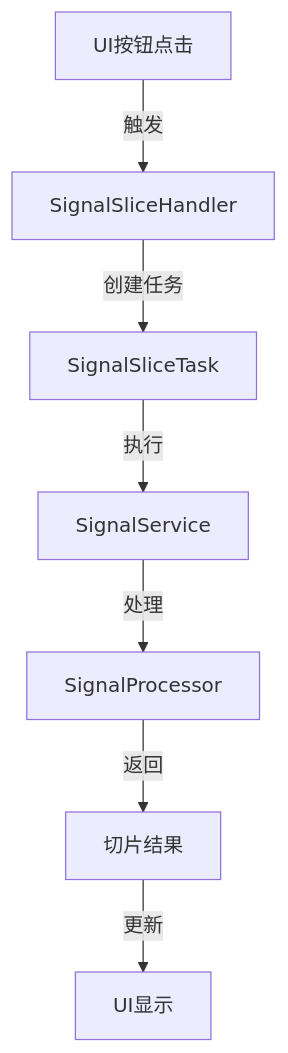
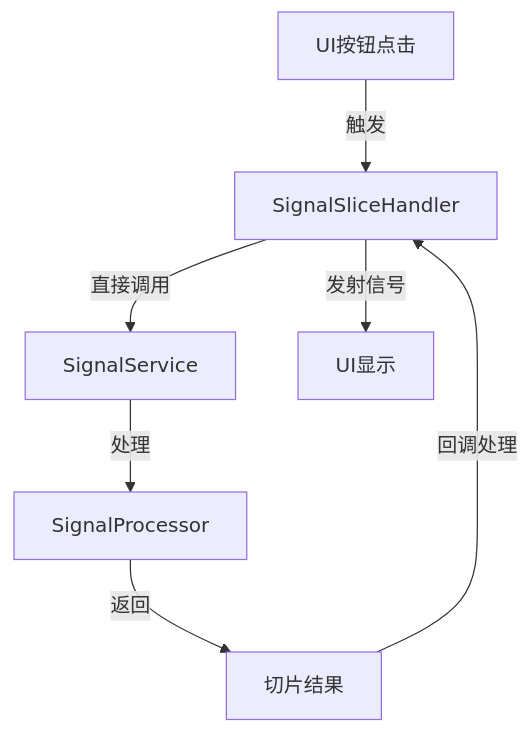
Diagram 22 of 22 in 知识库.md (Zhosolune/RadarIdentifyProject), drawn with Mermaid before and after one commit. The commit also changed other lines of this file and 17 other files, not shown here.

````diff
--- a/知识库.md
+++ b/知识库.md
@@ -2332,9 +2321,9 @@
   ```mermaid
   graph TD
       A[UI按钮点击] -->|触发| B[SignalSliceHandler]
-      B -->|创建任务| C[SignalSliceTask]
-      C -->|执行| D[SignalService]
-      D -->|处理| E[SignalProcessor]
-      E -->|返回| F[切片结果]
-      F -->|更新| G[UI显示]
+      B -->|直接调用| C[SignalService]
+      C -->|处理| D[SignalProcessor]
+      D -->|返回| E[切片结果]
+      E -->|回调处理| B
+      B -->|发射信号| F[UI显示]
   ```
````
